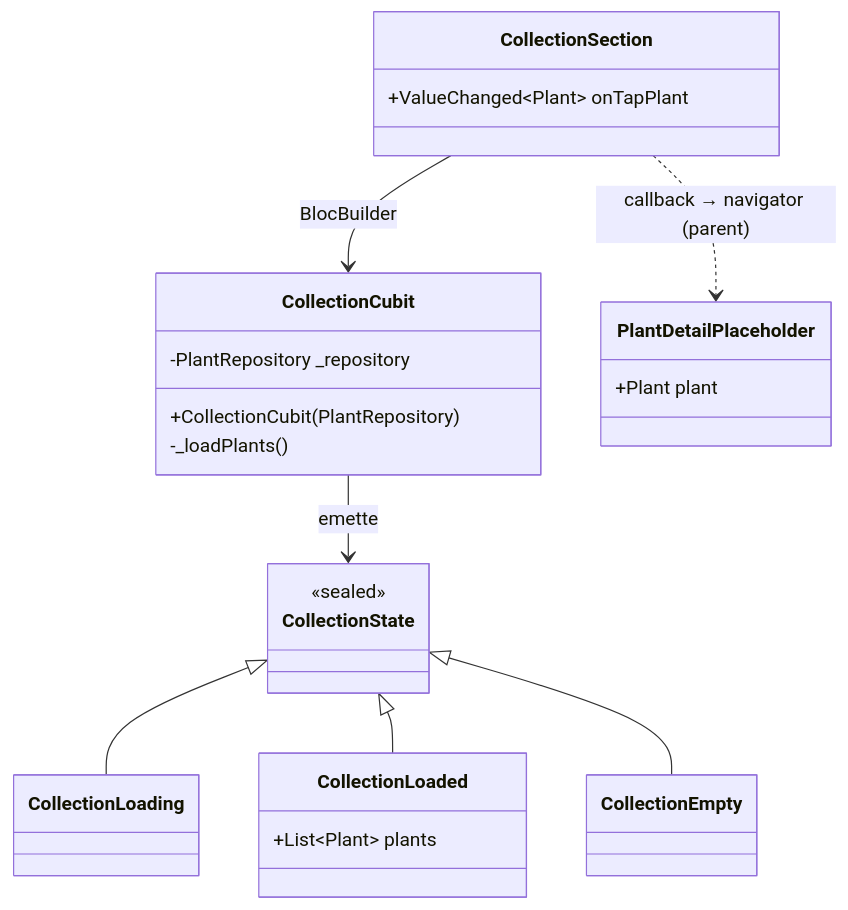
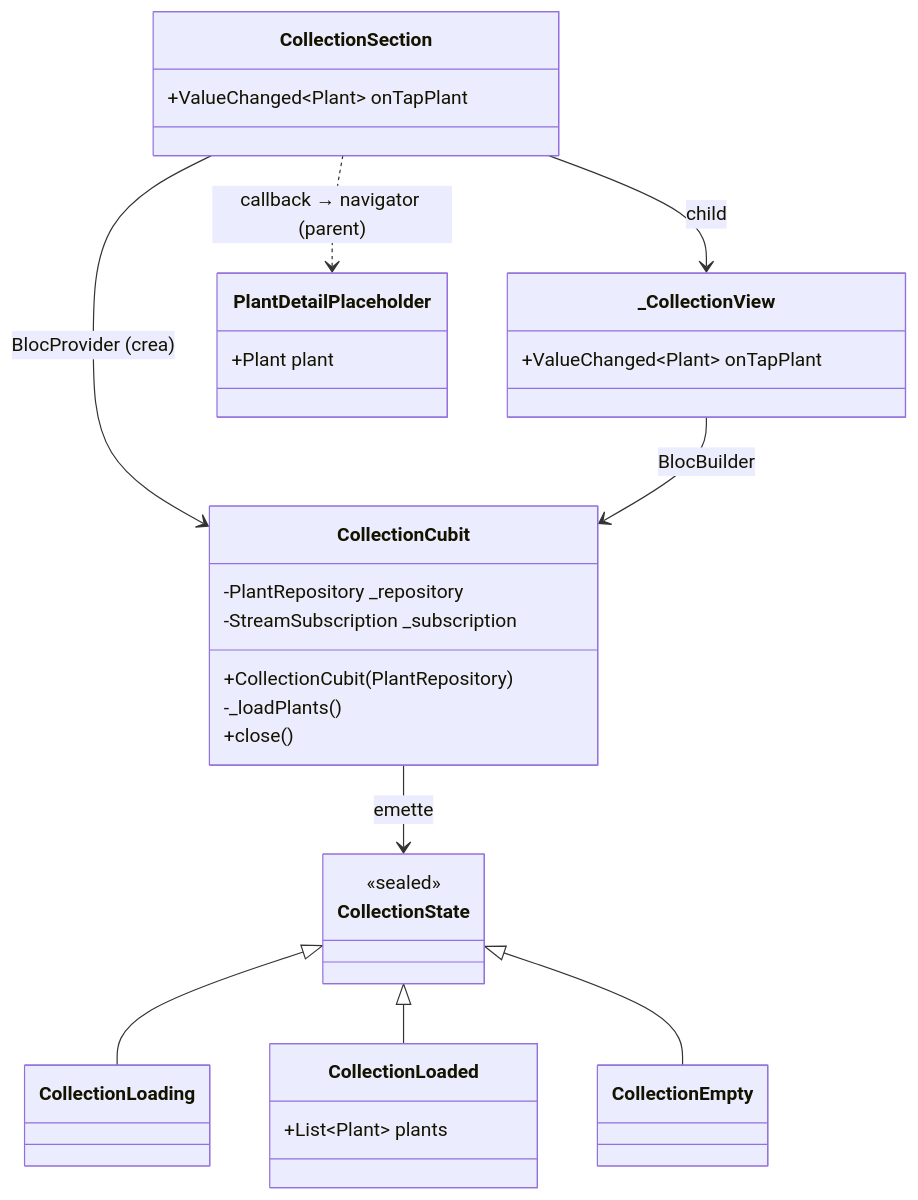
The diagram in docs/collection/feature_it.md (FedericoLaggiard/zeimoto), drawn with Mermaid before and after one commit. The commit also changed other lines of this file and 7 other files, not shown here.

````diff
--- a/docs/collection/feature_it.md
+++ b/docs/collection/feature_it.md
@@ -18,33 +18,41 @@
 ```mermaid
 classDiagram
     class CollectionCubit {
         -PlantRepository _repository
+        -StreamSubscription _subscription
         +CollectionCubit(PlantRepository)
         -_loadPlants()
+        +close()
     }
 
     class CollectionState {
         <<sealed>>
     }
 
     class CollectionLoading
     class CollectionLoaded {
         +List~Plant~ plants
     }
     class CollectionEmpty
 
     class CollectionSection {
         +ValueChanged~Plant~ onTapPlant
     }
 
+    class _CollectionView {
+        +ValueChanged~Plant~ onTapPlant
+    }
+
     class PlantDetailPlaceholder {
         +Plant plant
     }
 
     CollectionCubit --> CollectionState : emette
     CollectionState <|-- CollectionLoading
     CollectionState <|-- CollectionLoaded
     CollectionState <|-- CollectionEmpty
-    CollectionSection --> CollectionCubit : BlocBuilder
+    CollectionSection --> CollectionCubit : BlocProvider (crea)
+    CollectionSection --> _CollectionView : child
+    _CollectionView --> CollectionCubit : BlocBuilder
     CollectionSection ..> PlantDetailPlaceholder : callback → navigator (parent)
 ```
````
